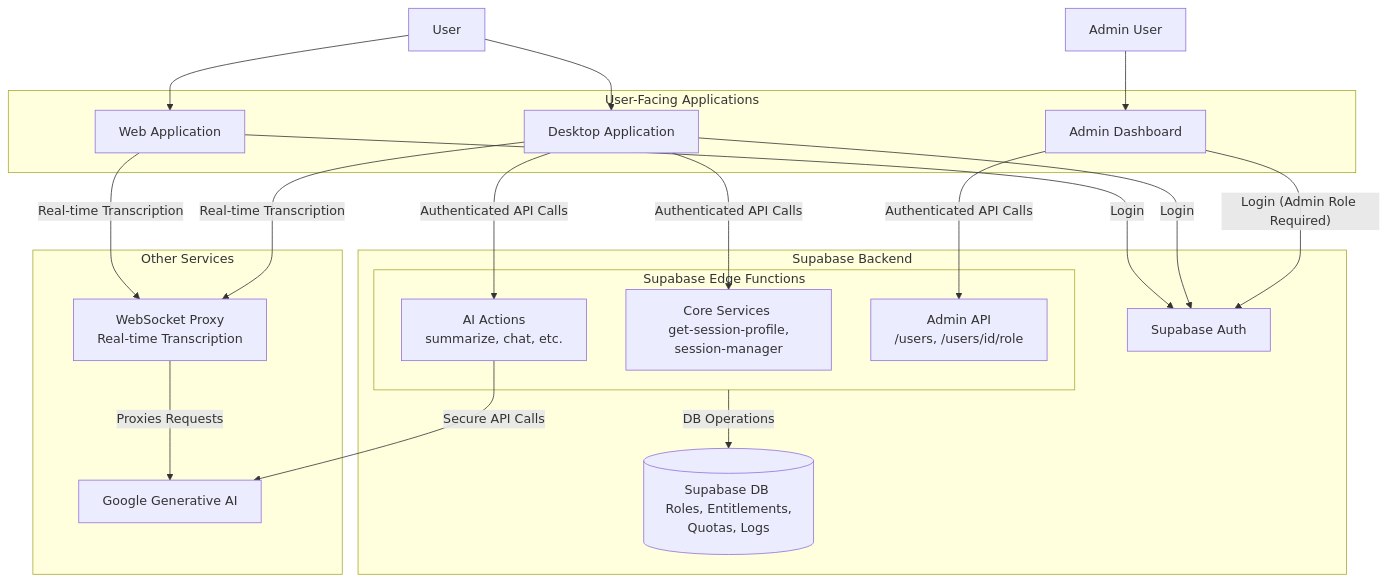
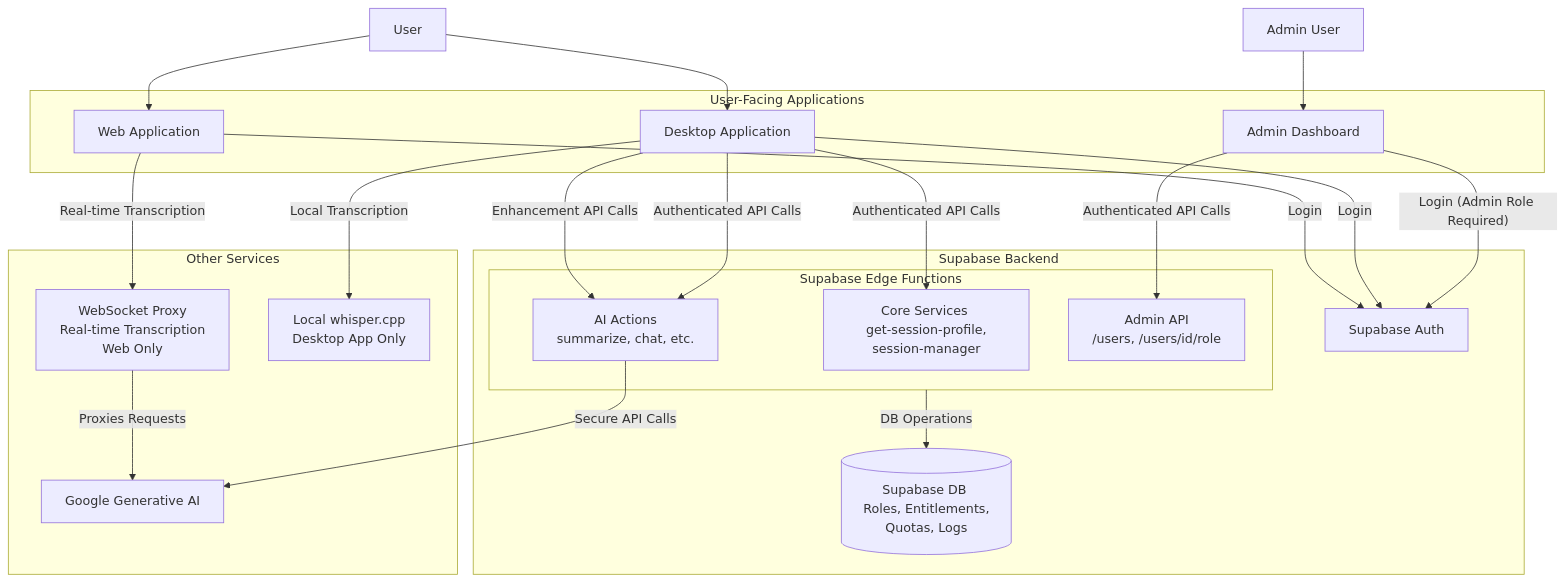
One commit to Intevia-AI/Knovy changed the first of 2 diagrams in docs/architecture/overview.md. Above: the diagram before and after it, drawn with Mermaid. The commit also changed other lines of this file and 4 other files, not shown here.

Commit message:
Docs(app): Update all the documents for whisper implementation

````diff
--- a/docs/architecture/overview.md
+++ b/docs/architecture/overview.md
@@ -13,43 +13,45 @@
 ```mermaid
 graph TD
     subgraph User-Facing Applications
         DesktopApp[Desktop Application]
         WebApp[Web Application]
         AdminDashboard[Admin Dashboard]
     end
 
     subgraph "Supabase Backend"
         Auth[Supabase Auth]
         DB[(Supabase DB <br/> Roles, Entitlements, Quotas, Logs)]
         subgraph EdgeFunctions [Supabase Edge Functions]
             CoreServices[Core Services <br/> get-session-profile, session-manager]
             AIActions[AI Actions <br/> summarize, chat, etc.]
             AdminAPI[Admin API <br/> /users, /users/id/role]
         end
     end
 
     subgraph "Other Services"
-        Proxy[WebSocket Proxy <br/> Real-time Transcription]
+        Proxy[WebSocket Proxy <br/> Real-time Transcription <br/> Web Only]
         GoogleAI[Google Generative AI]
+        WhisperCpp[Local whisper.cpp <br/> Desktop App Only]
     end
 
     User[User] --> WebApp
     User --> DesktopApp
     Admin[Admin User] --> AdminDashboard
 
     WebApp -- "Login" --> Auth
     DesktopApp -- "Login" --> Auth
     AdminDashboard -- "Login (Admin Role Required)" --> Auth
 
     WebApp -- "Real-time Transcription" --> Proxy
-    DesktopApp -- "Real-time Transcription" --> Proxy
+    DesktopApp -- "Local Transcription" --> WhisperCpp
+    DesktopApp -- "Enhancement API Calls" --> AIActions
 
     DesktopApp -- "Authenticated API Calls" --> CoreServices
     DesktopApp -- "Authenticated API Calls" --> AIActions
     AdminDashboard -- "Authenticated API Calls" --> AdminAPI
 
     AIActions -- "Secure API Calls" --> GoogleAI
     EdgeFunctions -- "DB Operations" --> DB
 
     Proxy -- "Proxies Requests" --> GoogleAI
 ```
````
